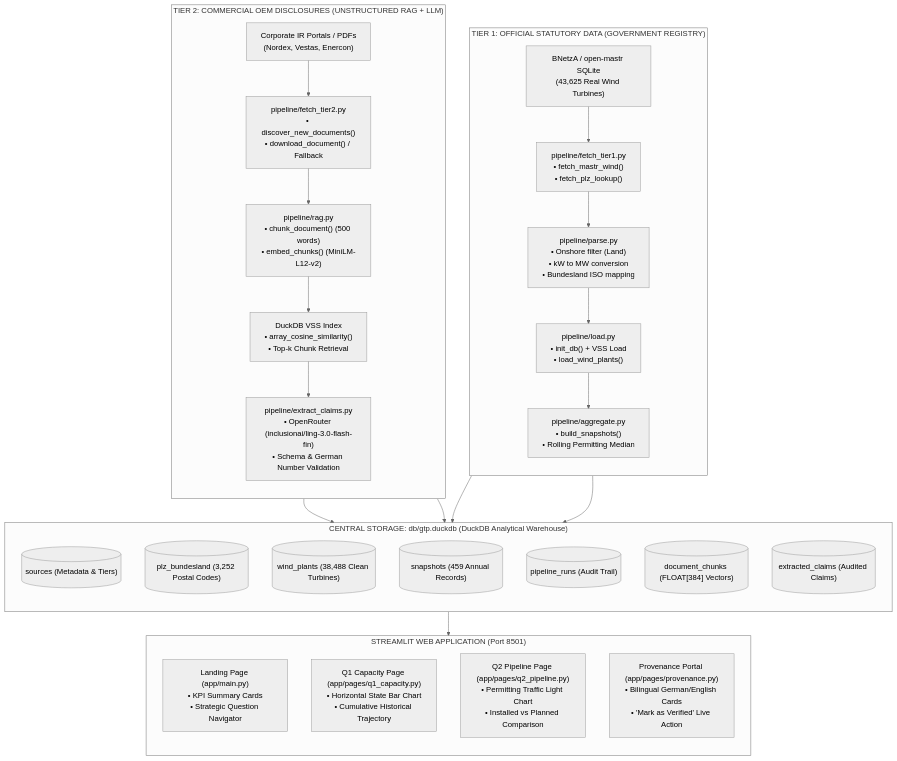
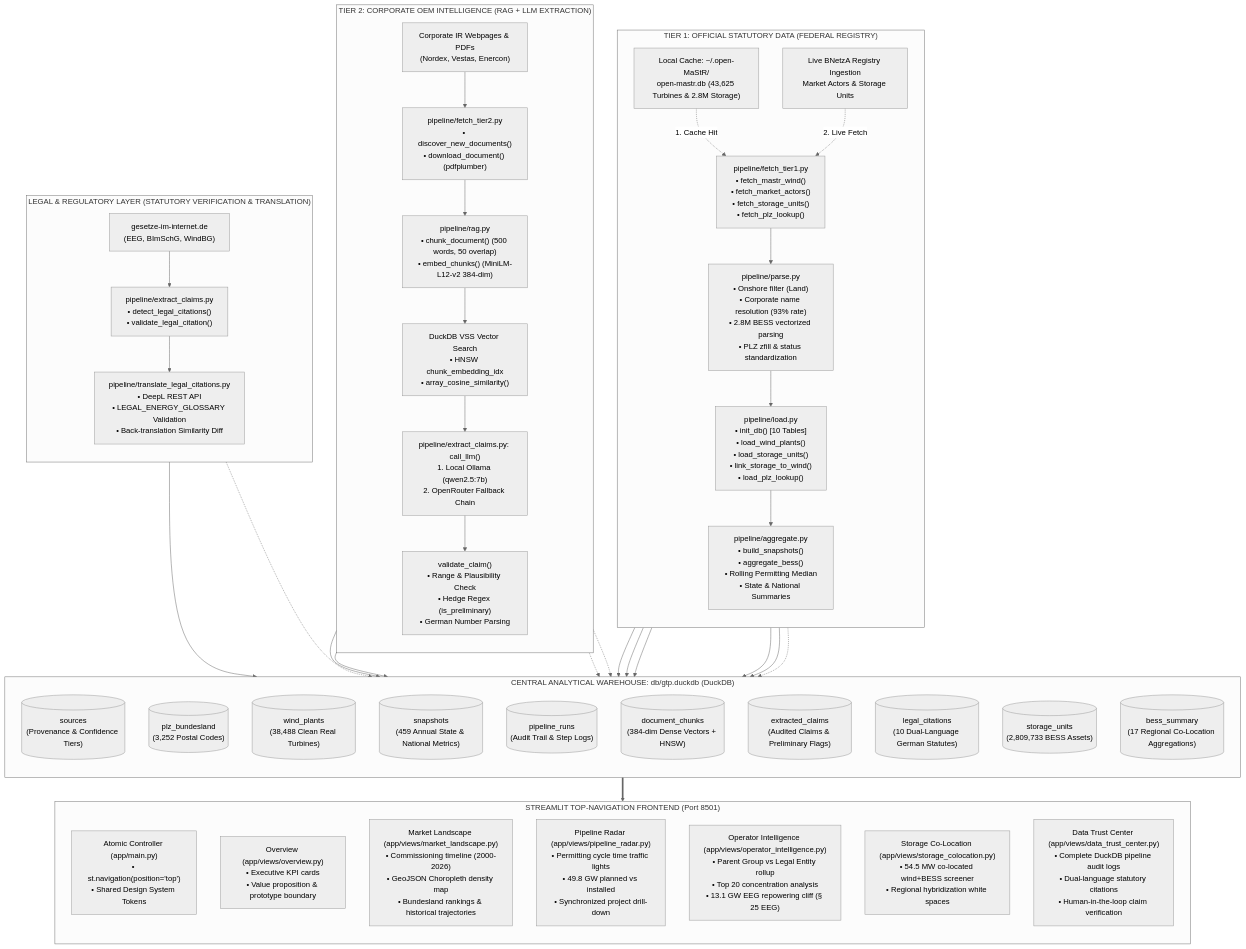
Before and after one commit to gaurav-619/gtp-wind-intelligence: the diagram in docs/SYSTEM_ARCHITECTURE_AND_DEEP_DIVE.md, drawn with Mermaid (neutral theme). The commit also changed other lines of this file and 48 other files, not shown here.

Commit message:
feat: complete production release of GTP Wind Intelligence with audited KPIs, reconciled statutory EEG cliff, dual-lens permitting, and verified BNetzA MaStR BESS matching

````diff
--- a/docs/SYSTEM_ARCHITECTURE_AND_DEEP_DIVE.md
+++ b/docs/SYSTEM_ARCHITECTURE_AND_DEEP_DIVE.md
@@ -239,44 +312,74 @@
 ```mermaid
 flowchart TD
-    subgraph Tier1["TIER 1: OFFICIAL STATUTORY DATA (GOVERNMENT REGISTRY)"]
+    subgraph Tier1["TIER 1: OFFICIAL STATUTORY DATA (FEDERAL REGISTRY)"]
         direction TB
-        M1["BNetzA / open-mastr SQLite<br/>(43,625 Real Wind Turbines)"] --> F1["pipeline/fetch_tier1.py<br/>• fetch_mastr_wind()<br/>• fetch_plz_lookup()"]
-        F1 --> P1["pipeline/parse.py<br/>• Onshore filter (Land)<br/>• kW to MW conversion<br/>• Bundesland ISO mapping"]
-        P1 --> L1["pipeline/load.py<br/>• init_db() + VSS Load<br/>• load_wind_plants()"]
-        L1 --> A1["pipeline/aggregate.py<br/>• build_snapshots()<br/>• Rolling Permitting Median"]
+        M1_Cache["Local Cache: ~/.open-MaStR/<br/>open-mastr.db (43,625 Turbines & 2.8M Storage)"]
+        M1_Live["Live BNetzA Registry Ingestion<br/>Market Actors & Storage Units"]
+        
+        M1_Cache -.->|1. Cache Hit| F1
+        M1_Live -.->|2. Live Fetch| F1
+        
+        F1["pipeline/fetch_tier1.py<br/>• fetch_mastr_wind()<br/>• fetch_market_actors()<br/>• fetch_storage_units()<br/>• fetch_plz_lookup()"]
+        P1["pipeline/parse.py<br/>• Onshore filter (Land)<br/>• Corporate name resolution (93% rate)<br/>• 2.8M BESS vectorized parsing<br/>• PLZ zfill & status standardization"]
+        L1["pipeline/load.py<br/>• init_db() [10 Tables]<br/>• load_wind_plants()<br/>• load_storage_units()<br/>• link_storage_to_wind()<br/>• load_plz_lookup()"]
+        A1["pipeline/aggregate.py<br/>• build_snapshots()<br/>• aggregate_bess()<br/>• Rolling Permitting Median<br/>• State & National Summaries"]
+        
+        F1 --> P1 --> L1 --> A1
     end
 
-    subgraph Tier2["TIER 2: COMMERCIAL OEM DISCLOSURES (UNSTRUCTURED RAG + LLM)"]
+    subgraph Tier2["TIER 2: CORPORATE OEM INTELLIGENCE (RAG + LLM EXTRACTION)"]
         direction TB
-        M2["Corporate IR Portals / PDFs<br/>(Nordex, Vestas, Enercon)"] --> F2["pipeline/fetch_tier2.py<br/>• discover_new_documents()<br/>• download_document() / Fallback"]
-        F2 --> R2["pipeline/rag.py<br/>• chunk_document() (500 words)<br/>• embed_chunks() (MiniLM-L12-v2)"]
-        R2 --> V2["DuckDB VSS Index<br/>• array_cosine_similarity()<br/>• Top-k Chunk Retrieval"]
-        V2 --> E2["pipeline/extract_claims.py<br/>• OpenRouter (inclusionai/ling-3.0-flash-fin)<br/>• Schema & German Number Validation"]
+        M2["Corporate IR Webpages & PDFs<br/>(Nordex, Vestas, Enercon)"] --> F2["pipeline/fetch_tier2.py<br/>• discover_new_documents()<br/>• download_document() (pdfplumber)"]
+        F2 --> R2["pipeline/rag.py<br/>• chunk_document() (500 words, 50 overlap)<br/>• embed_chunks() (MiniLM-L12-v2 384-dim)"]
+        R2 --> V2["DuckDB VSS Vector Search<br/>• HNSW chunk_embedding_idx<br/>• array_cosine_similarity()"]
+        
+        V2 --> LLM_Inference["pipeline/extract_claims.py: call_llm()<br/>1. Local Ollama (qwen2.5:7b)<br/>2. OpenRouter Fallback Chain"]
+        LLM_Inference --> Val["validate_claim()<br/>• Range & Plausibility Check<br/>• Hedge Regex (is_preliminary)<br/>• German Number Parsing"]
     end
 
-    subgraph Storage["CENTRAL STORAGE: db/gtp.duckdb (DuckDB Analytical Warehouse)"]
+    subgraph Tier3["LEGAL & REGULATORY LAYER (STATUTORY VERIFICATION & TRANSLATION)"]
         direction TB
-        T_SRC[("sources (Metadata & Tiers)")]
-        T_PLZ[("plz_bundesland (3,252 Postal Codes)")]
-        T_WP[("wind_plants (38,488 Clean Turbines)")]
-        T_SNP[("snapshots (459 Annual Records)")]
-        T_RUN[("pipeline_runs (Audit Trail)")]
-        T_CHK[("document_chunks (FLOAT[384] Vectors)")]
-        T_CLM[("extracted_claims (Audited Claims)")]
+        M3["gesetze-im-internet.de<br/>(EEG, BImSchG, WindBG)"] --> F3["pipeline/extract_claims.py<br/>• detect_legal_citations()<br/>• validate_legal_citation()"]
+        F3 --> Trans["pipeline/translate_legal_citations.py<br/>• DeepL REST API<br/>• LEGAL_ENERGY_GLOSSARY Validation<br/>• Back-translation Similarity Diff"]
     end
 
-    subgraph Frontend["STREAMLIT WEB APPLICATION (Port 8501)"]
+    subgraph Storage["CENTRAL ANALYTICAL WAREHOUSE: db/gtp.duckdb (DuckDB)"]
         direction TB
-        UI_MAIN["Landing Page (app/main.py)<br/>• KPI Summary Cards<br/>• Strategic Question Navigator"]
-        UI_Q1["Q1 Capacity Page (app/pages/q1_capacity.py)<br/>• Horizontal State Bar Chart<br/>• Cumulative Historical Trajectory"]
-        UI_Q2["Q2 Pipeline Page (app/pages/q2_pipeline.py)<br/>• Permitting Traffic Light Chart<br/>• Installed vs Planned Comparison"]
-        UI_PROV["Provenance Portal (app/pages/provenance.py)<br/>• Bilingual German/English Cards<br/>• 'Mark as Verified' Live Action"]
+        T_SRC[("sources<br/>(Provenance & Confidence Tiers)")]
+        T_PLZ[("plz_bundesland<br/>(3,252 Postal Codes)")]
+        T_WP[("wind_plants<br/>(38,488 Clean Real Turbines)")]
+        T_SNP[("snapshots<br/>(459 Annual State & National Metrics)")]
+        T_RUN[("pipeline_runs<br/>(Audit Trail & Step Logs)")]
+        T_CHK[("document_chunks<br/>(384-dim Dense Vectors + HNSW)")]
+        T_CLM[("extracted_claims<br/>(Audited Claims & Preliminary Flags)")]
+        T_LEG[("legal_citations<br/>(10 Dual-Language German Statutes)")]
+        T_STO[("storage_units<br/>(2,809,733 BESS Assets)")]
+        T_BES[("bess_summary<br/>(17 Regional Co-Location Aggregations)")]
+    end
+
+    subgraph Frontend["STREAMLIT TOP-NAVIGATION FRONTEND (Port 8501)"]
+        direction TB
+        UI_MAIN["Atomic Controller (app/main.py)<br/>• st.navigation(position='top')<br/>• Shared Design System Tokens"]
+        UI_OVW["Overview (app/views/overview.py)<br/>• Executive KPI cards<br/>• Value proposition & prototype boundary"]
+        UI_MKT["Market Landscape (app/views/market_landscape.py)<br/>• Commissioning timeline (2000-2026)<br/>• GeoJSON Choropleth density map<br/>• Bundesland rankings & historical trajectories"]
+        UI_RAD["Pipeline Radar (app/views/pipeline_radar.py)<br/>• Permitting cycle time traffic lights<br/>• 49.8 GW planned vs installed<br/>• Synchronized project drill-down"]
+        UI_OPS["Operator Intelligence (app/views/operator_intelligence.py)<br/>• Parent Group vs Legal Entity rollup<br/>• Top 20 concentration analysis<br/>• 13.1 GW EEG repowering cliff (§ 25 EEG)"]
+        UI_BES["Storage Co-Location (app/views/storage_colocation.py)<br/>• 54.5 MW co-located wind+BESS screener<br/>• Regional hybridization white spaces"]
+        UI_TRU["Data Trust Center (app/views/data_trust_center.py)<br/>• Complete DuckDB pipeline audit logs<br/>• Dual-language statutory citations<br/>• Human-in-the-loop claim verification"]
     end
 
     L1 --> T_WP
+    L1 --> T_PLZ
+    L1 --> T_STO
     A1 --> T_SNP
+    A1 --> T_BES
     R2 --> T_CHK
-    E2 --> T_CLM
+    Val --> T_CLM
+    Trans --> T_LEG
+    F1 -.-> T_RUN
+    F2 -.-> T_RUN
+    Val -.-> T_RUN
+    Trans -.-> T_RUN
 
-    Storage --> Frontend
+    Storage ==> Frontend
 ```
````
